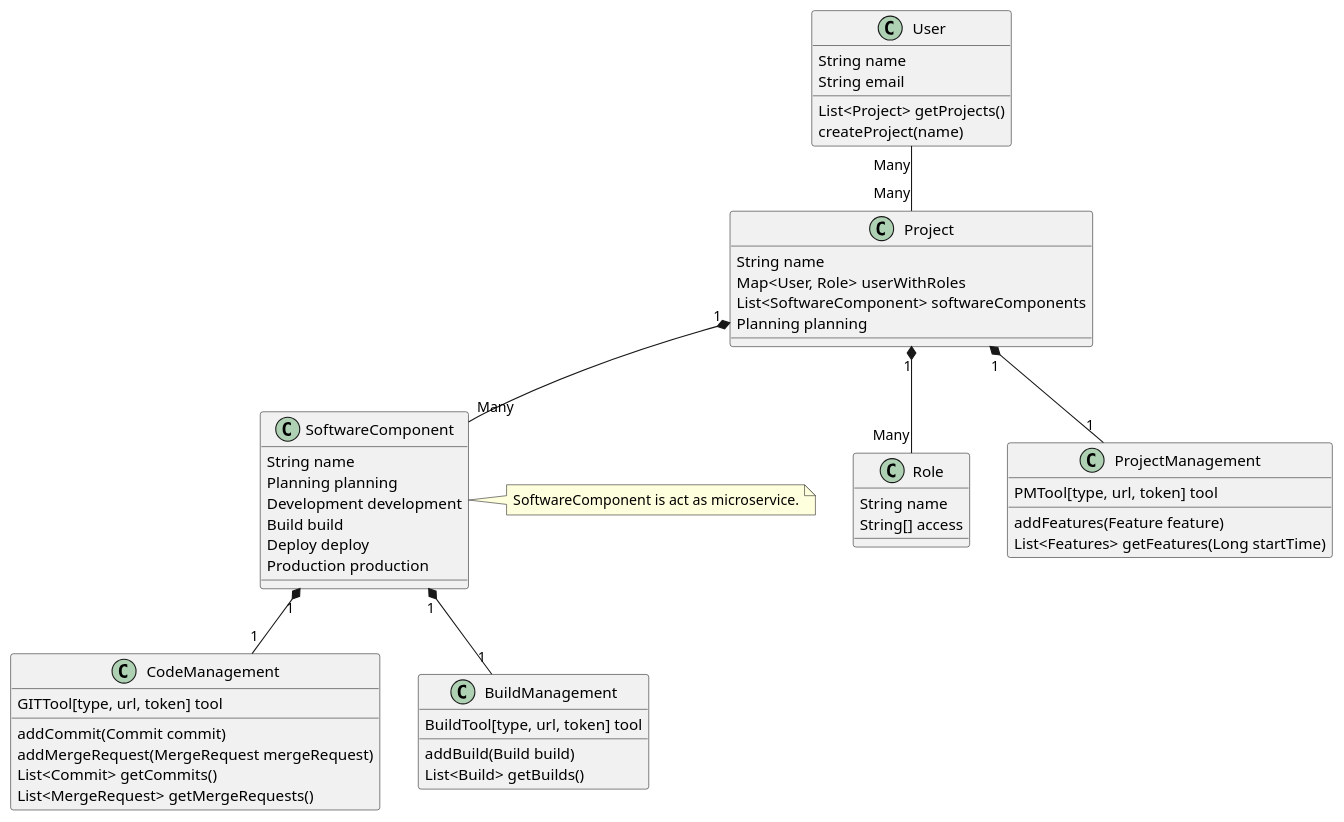
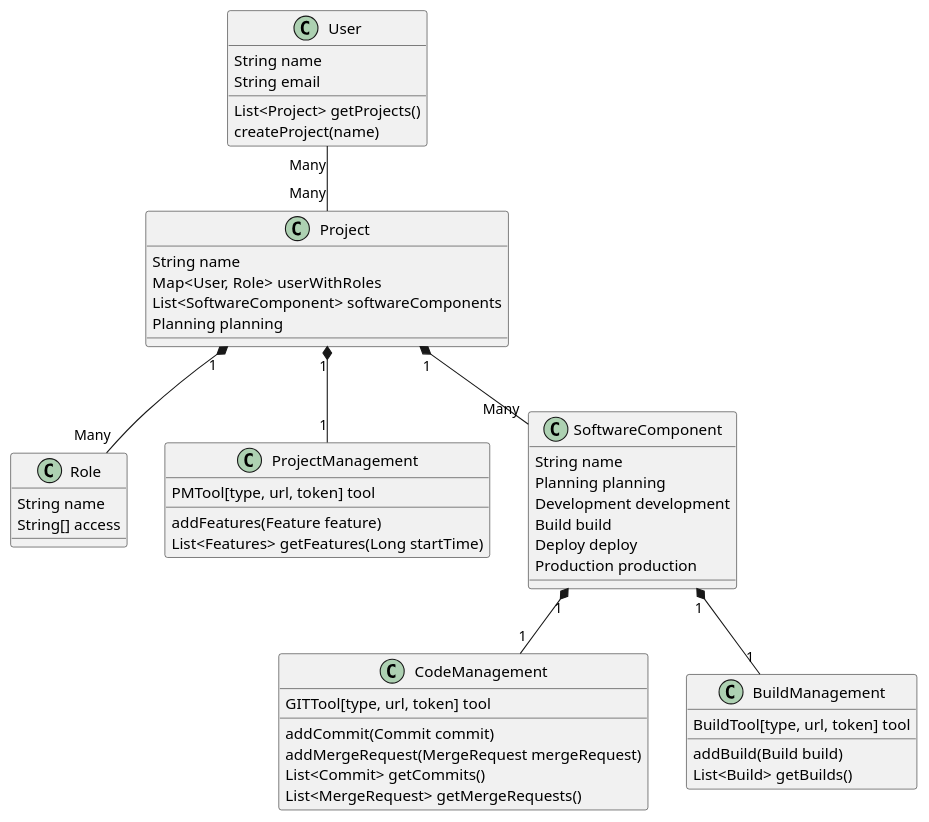
One commit to Hemdaal/Hemdaal changed the diagram in class_diagram.puml. Above: the diagram before and after it, drawn with PlantUML. The commit also changed 12 other files, not shown here.

```diff
--- a/class_diagram.puml
+++ b/class_diagram.puml
@@ -1,68 +1,64 @@
 @startuml
 
 class User {
     String name
     String email
 
     List<Project> getProjects()
     createProject(name)
 }
 
 class Role {
     String name
     String[] access
 }
 
 class Project {
     String name
     Map<User, Role> userWithRoles
     List<SoftwareComponent> softwareComponents
     Planning planning
 }
 
 Project "1" *-- "Many" Role
 User "Many" -- "Many" Project
 
 
 class ProjectManagement {
     PMTool[type, url, token] tool
     addFeatures(Feature feature)
     List<Features> getFeatures(Long startTime)
 }
 
 Project "1" *-- "1" ProjectManagement
 
 class SoftwareComponent {
     String name
     Planning planning
     Development development
     Build build
     Deploy deploy
     Production production
 }
 
-note right of SoftwareComponent
-    SoftwareComponent is act as microservice.
-end note
-
 Project "1" *-- "Many" SoftwareComponent
 
 class CodeManagement {
     GITTool[type, url, token] tool
     addCommit(Commit commit)
     addMergeRequest(MergeRequest mergeRequest)
     List<Commit> getCommits()
     List<MergeRequest> getMergeRequests()
 }
 
 SoftwareComponent "1" *-- "1" CodeManagement
 
 class BuildManagement {
     BuildTool[type, url, token] tool
     addBuild(Build build)
     List<Build> getBuilds()
 }
 
 SoftwareComponent "1" *-- "1" BuildManagement
 
 @enduml
```
